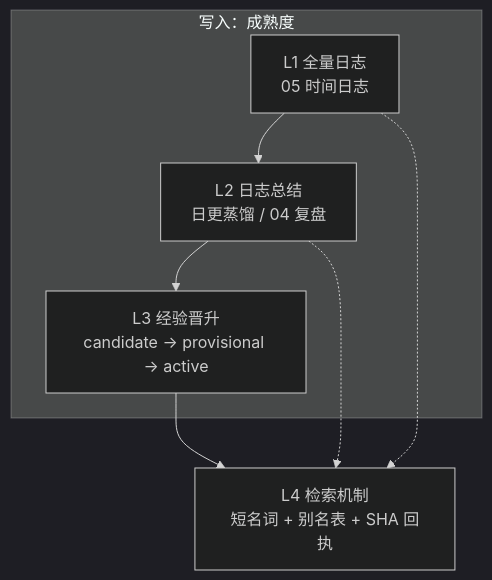
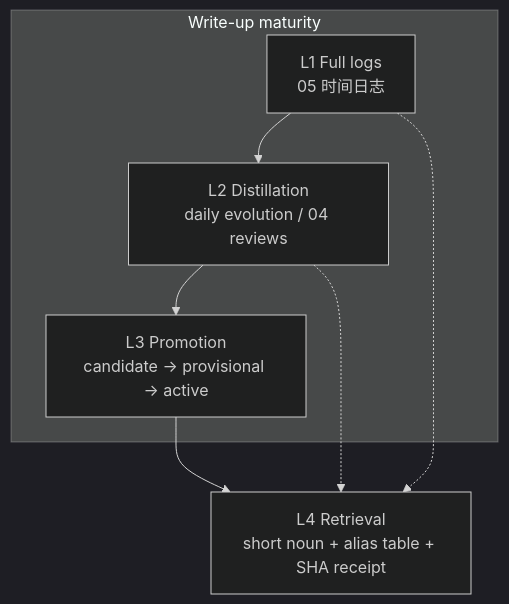
Before and after one commit to 398894496-arch/runtime36: the diagram in docs/ARCHITECTURE.md, drawn with Mermaid (dark theme). The commit also changed other lines of this file and 21 other files, not shown here.

````diff
--- a/docs/ARCHITECTURE.md
+++ b/docs/ARCHITECTURE.md
@@ -9,13 +11,13 @@
 ```mermaid
 flowchart TB
-  subgraph write ["写入：成熟度"]
-    L1["L1 全量日志<br/>05 时间日志"]
-    L2["L2 日志总结<br/>日更蒸馏 / 04 复盘"]
-    L3["L3 经验晋升<br/>candidate → provisional → active"]
+  subgraph write ["Write-up maturity"]
+    L1["L1 Full logs<br/>05 时间日志"]
+    L2["L2 Distillation<br/>daily evolution / 04 reviews"]
+    L3["L3 Promotion<br/>candidate → provisional → active"]
     L1 --> L2 --> L3
   end
-  L4["L4 检索机制<br/>短名词 + 别名表 + SHA 回执"]
+  L4["L4 Retrieval<br/>short noun + alias table + SHA receipt"]
   L3 --> L4
   L1 -.-> L4
   L2 -.-> L4
 ```
````
